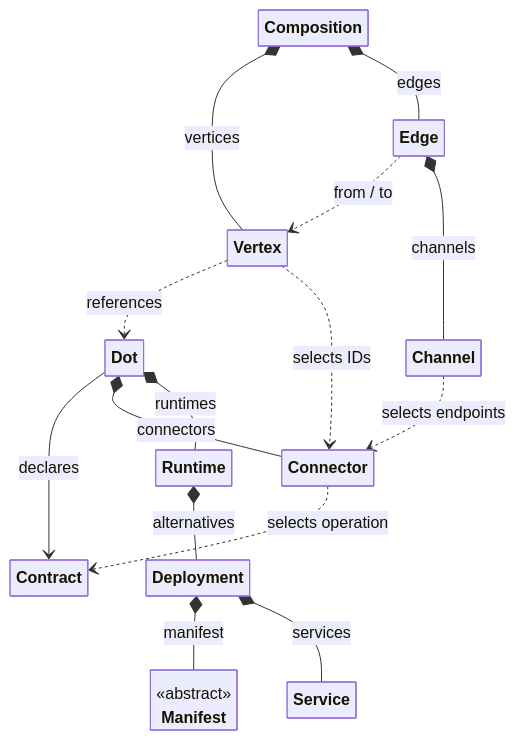
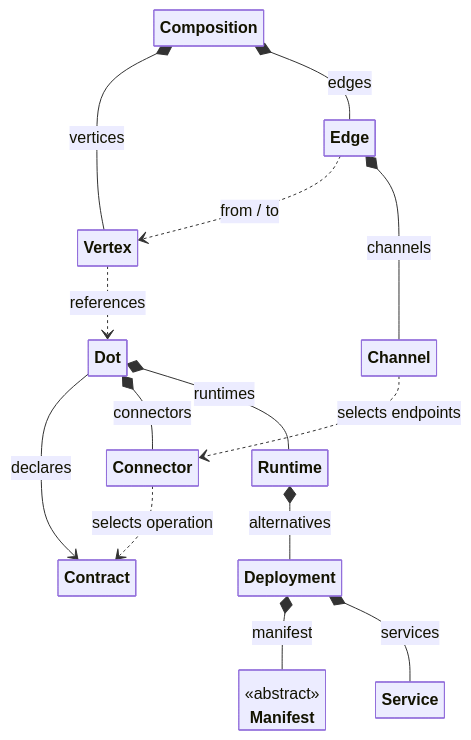
Before and after one commit to MARE-EU-Project/DOT-Docs: the diagram in DOT-Design/next/dot-design/_attachments/diagrams/dot-domain-overview.mmd, drawn with Mermaid. The commit also changed 53 other files, not shown here.

```diff
--- a/DOT-Design/next/dot-design/_attachments/diagrams/dot-domain-overview.mmd
+++ b/DOT-Design/next/dot-design/_attachments/diagrams/dot-domain-overview.mmd
@@ -1,41 +1,40 @@
 ---
 config:
   class:
     hideEmptyMembersBox: true
     nodeSpacing: 20
     rankSpacing: 30
     padding: 6
 ---
 classDiagram
   direction TB
   accTitle: Simplified DOT domain model
   accDescr: Dot declares Contracts and contains Connectors and Runtime alternatives. A Connector selects a Contract operation. Each Runtime offers Deployments. A Deployment contains one manifest and its logical services. A separate Composition aggregate owns vertices that select exact DOT releases. Edges connect vertices and contain channels that select their connectors.
 
   class Dot
   class Contract
   class Connector
   class Runtime
   class Deployment
   class Manifest {
     <<abstract>>
   }
   class Service
   class Composition
   class Vertex
   class Edge
   class Channel
 
   Composition *-- Vertex : vertices
   Composition *-- Edge : edges
   Vertex ..> Dot : references
   Edge ..> Vertex : from / to
   Edge *-- Channel : channels
-  Vertex ..> Connector : selects IDs
   Channel ..> Connector : selects endpoints
   Dot --> Contract : declares
   Dot *-- Connector : connectors
   Dot *-- Runtime : runtimes
   Connector ..> Contract : selects operation
   Runtime *-- Deployment : alternatives
   Deployment *-- Manifest : manifest
   Deployment *-- Service : services
```
